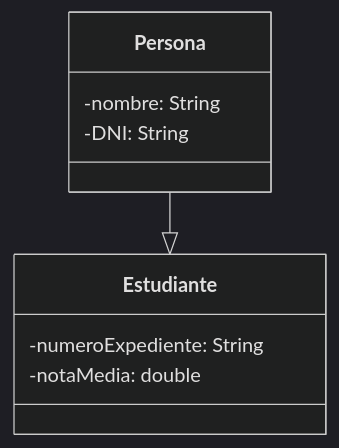
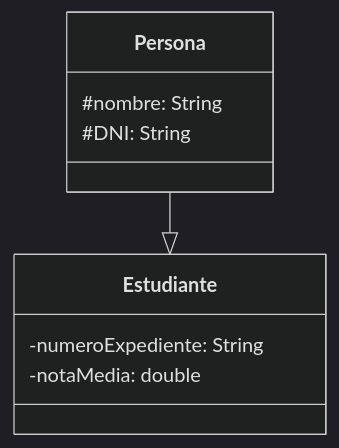
The second of 6 diagrams in README.md (antondm11/6.2.BateriaDeEjercicios), drawn with Mermaid (dark theme) before and after one commit.

Commit message:
Actualizar UML

````diff
--- a/README.md
+++ b/README.md
@@ -20,15 +20,15 @@
 ``` mermaid
 classDiagram
 direction TB
-    class Persona {
-	    -nombre: String
-	    -DNI: String
-    }
-
     class Estudiante {
 	    -numeroExpediente: String
 	    -notaMedia: double
     }
 
+    class Persona {
+	    #nombre: String
+	    #DNI: String
+    }
+
     Persona --|> Estudiante
 ```
````
